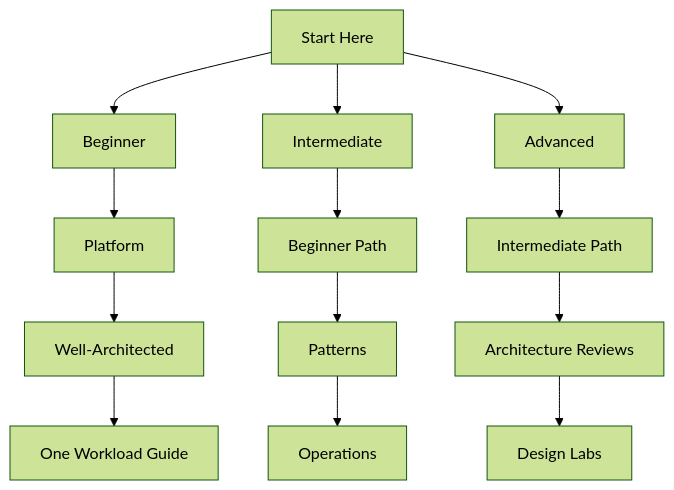
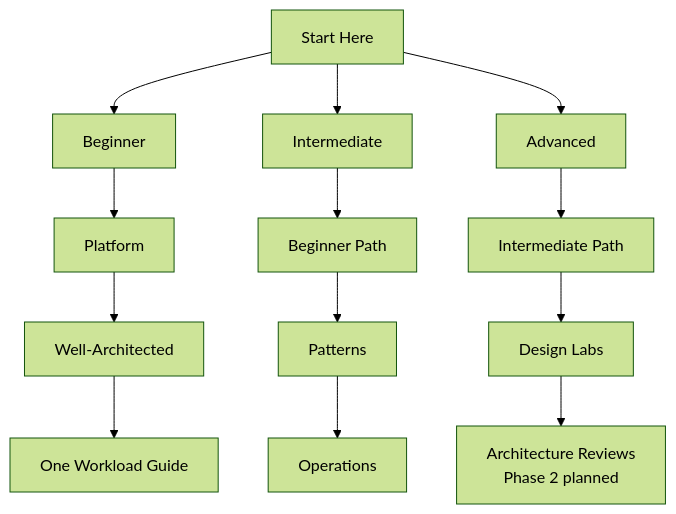
The diagram in docs/start-here/learning-paths.md (yeongseon/azure-architecture-practical-guide), drawn with Mermaid (forest theme) before and after one commit. The commit also changed other lines of this file and 70 other files, not shown here.

````diff
--- a/docs/start-here/learning-paths.md
+++ b/docs/start-here/learning-paths.md
@@ -74,15 +75,15 @@
 ```mermaid
 flowchart TD
     A[Start Here] --> B[Beginner]
     A --> C[Intermediate]
     A --> D[Advanced]
     B --> B1[Platform]
     B1 --> B2[Well-Architected]
     B2 --> B3[One Workload Guide]
     C --> C1[Beginner Path]
     C1 --> C2[Patterns]
     C2 --> C3[Operations]
     D --> D1[Intermediate Path]
-    D1 --> D2[Architecture Reviews]
-    D2 --> D3[Design Labs]
+    D1 --> D2[Design Labs]
+    D2 --> D3[Architecture Reviews<br/>Phase 2 planned]
 ```
````
